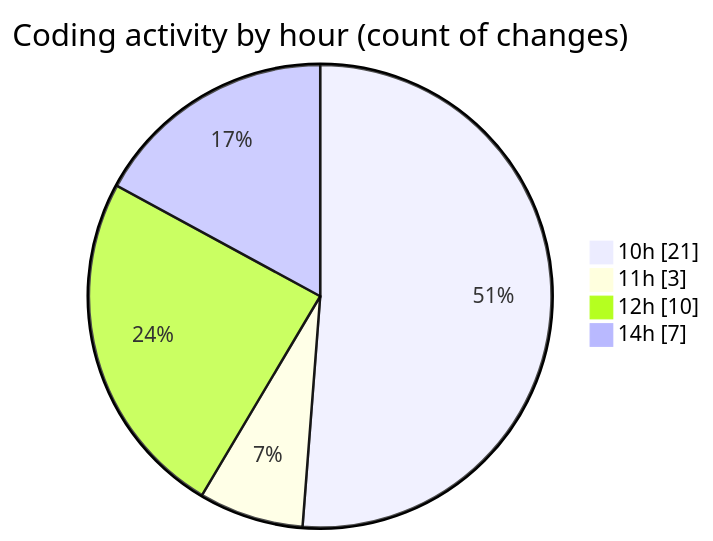
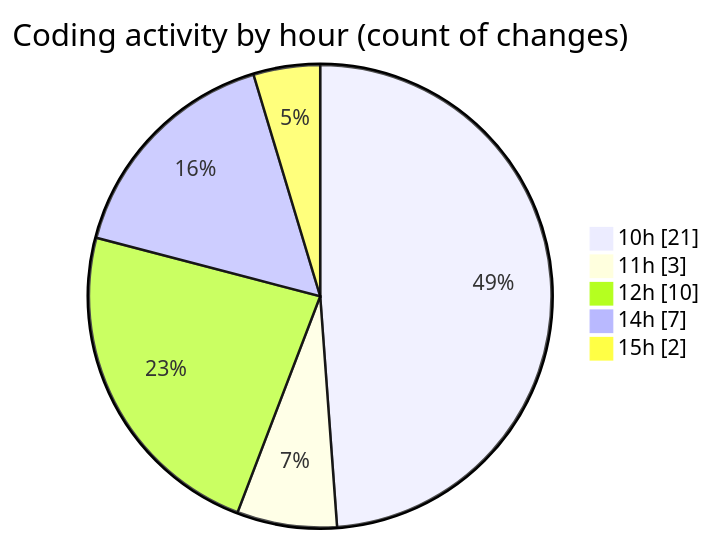
One commit to momahboobian/code-tracking changed the second of 2 diagrams in 2026-03-17/cda/README.md. Above: the diagram before and after it, drawn with Mermaid. The commit also changed other lines of this file and 1 other file, not shown here.

````diff
--- a/2026-03-17/cda/README.md
+++ b/2026-03-17/cda/README.md
@@ -39,8 +40,9 @@
 ```mermaid
 pie showData
 title Coding activity by hour (count of changes)
 "10h" : 21
 "11h" : 3
 "12h" : 10
 "14h" : 7
+"15h" : 2
 ```
````
